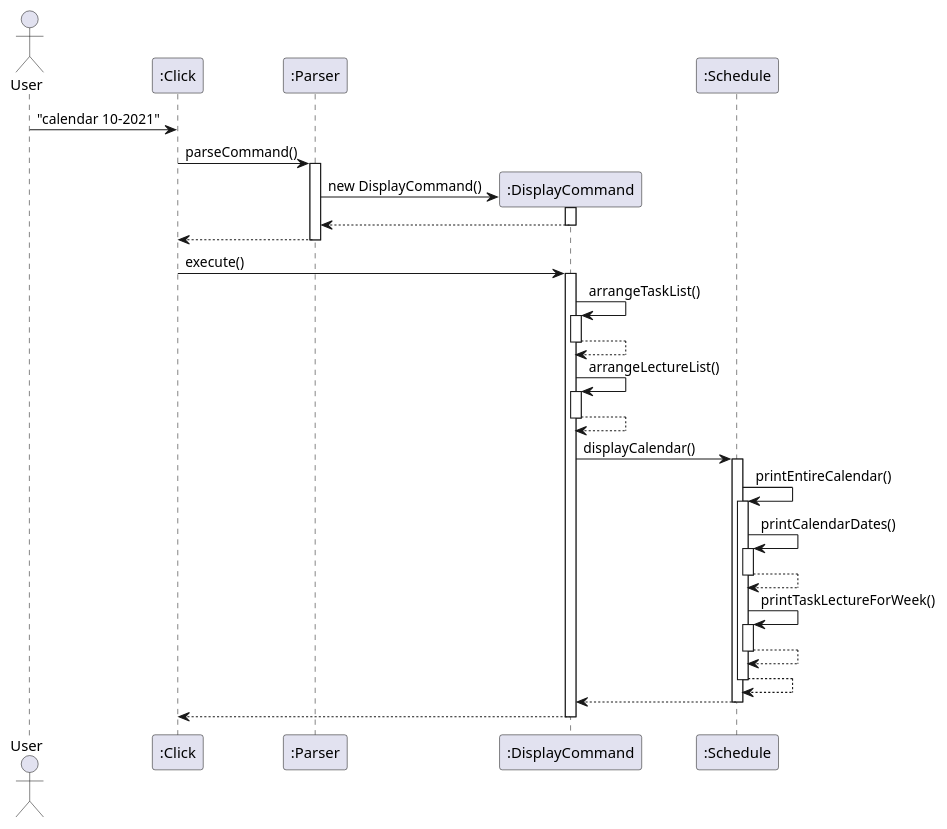
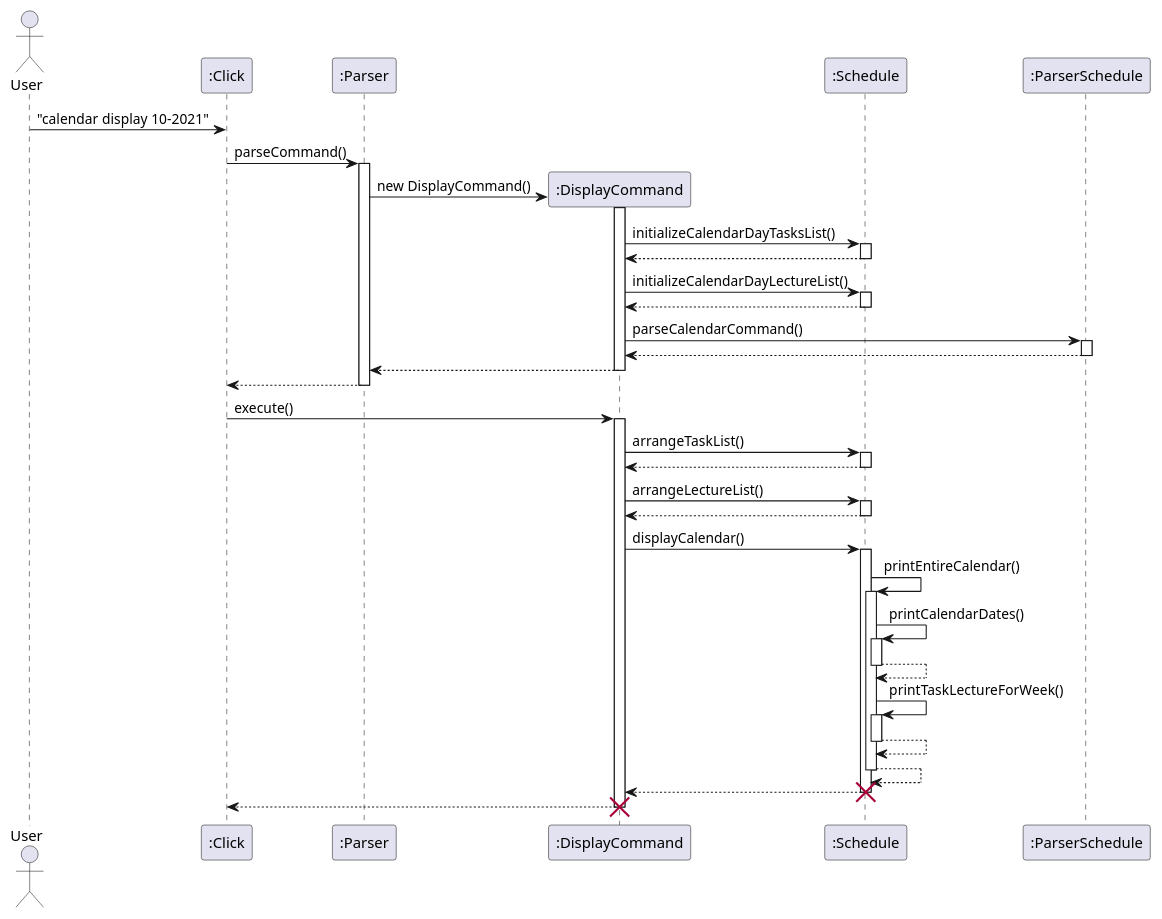
One commit to swatimahadevan/tp changed the diagram in docs/images/calendar/CalendarDisplaySequence.puml. Above: the diagram before and after it, drawn with PlantUML. The commit also changed 11 other files, not shown here.

```diff
--- a/docs/images/calendar/CalendarDisplaySequence.puml
+++ b/docs/images/calendar/CalendarDisplaySequence.puml
@@ -1,38 +1,50 @@
 @startuml
 Actor User
-User -> ":Click" : "calendar 10-2021"
+User -> ":Click" : "calendar display 10-2021"
 participant ":Click"
 ":Click" -> ":Parser" : parseCommand()
 participant ":Parser"
 activate ":Parser"
 create ":DisplayCommand"
 ":Parser" -> ":DisplayCommand" : new DisplayCommand()
 activate ":DisplayCommand"
+":DisplayCommand" -> ":Schedule" : initializeCalendarDayTasksList()
+activate ":Schedule"
+return
+":DisplayCommand" -> ":Schedule" : initializeCalendarDayLectureList()
+activate ":Schedule"
+return
+":DisplayCommand" -> ":ParserSchedule" : parseCalendarCommand()
+activate ":ParserSchedule"
+return
 ":DisplayCommand" --> ":Parser"
 deactivate ":DisplayCommand"
 ":Parser" --> ":Click"
 deactivate ":Parser"
 ":Click" -> ":DisplayCommand" : execute()
 activate ":DisplayCommand"
-":DisplayCommand" -> ":DisplayCommand" : arrangeTaskList()
-activate ":DisplayCommand"
+":DisplayCommand" -> ":Schedule" : arrangeTaskList()
+activate ":Schedule"
 return
-":DisplayCommand" -> ":DisplayCommand" : arrangeLectureList()
-activate ":DisplayCommand"
+":DisplayCommand" -> ":Schedule" : arrangeLectureList()
+activate ":Schedule"
 return
 ":DisplayCommand" -> ":Schedule" : displayCalendar()
 activate ":Schedule"
 ":Schedule" -> ":Schedule" : printEntireCalendar()
 activate ":Schedule"
 ":Schedule" -> ":Schedule" : printCalendarDates()
 activate ":Schedule"
 return
 ":Schedule" -> ":Schedule" : printTaskLectureForWeek()
 activate ":Schedule"
 return
 return
 ":Schedule" --> ":DisplayCommand"
 deactivate ":Schedule"
+destroy ":Schedule"
 ":DisplayCommand" --> ":Click"
 deactivate ":DisplayCommand"
+destroy ":DisplayCommand"
+participant ":ParserSchedule"
 @enduml
```
